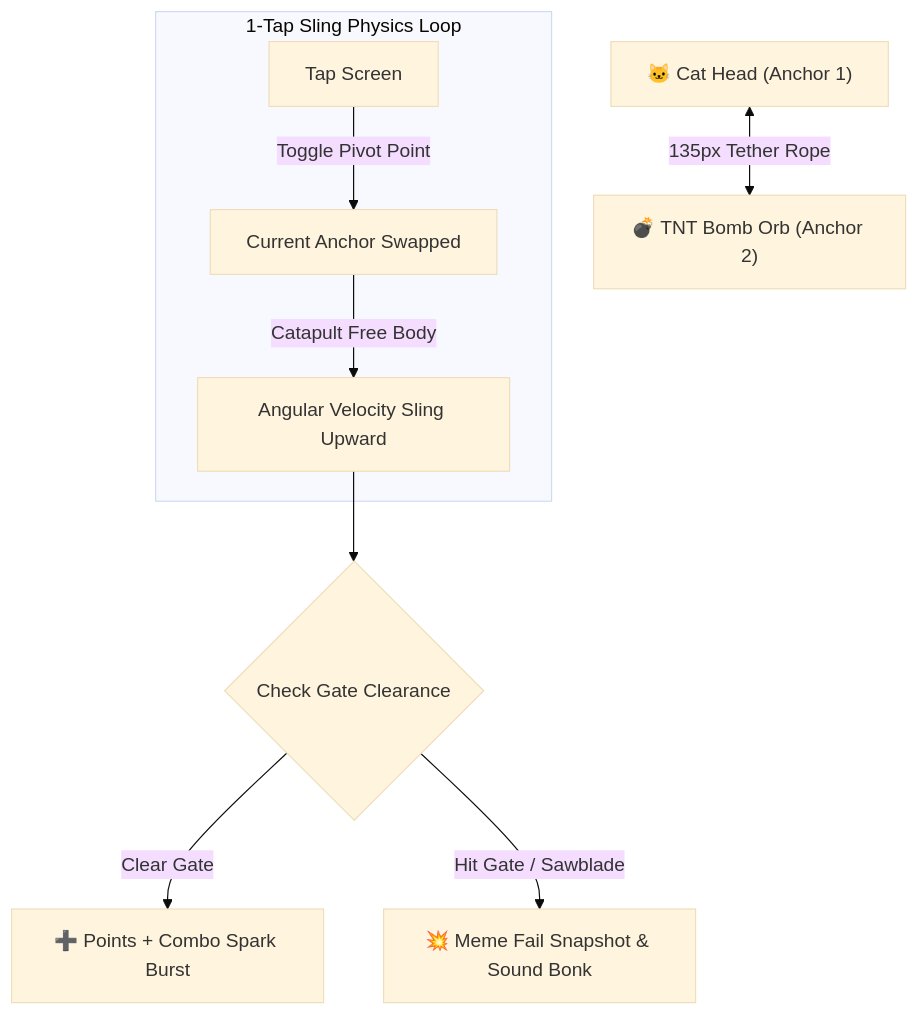
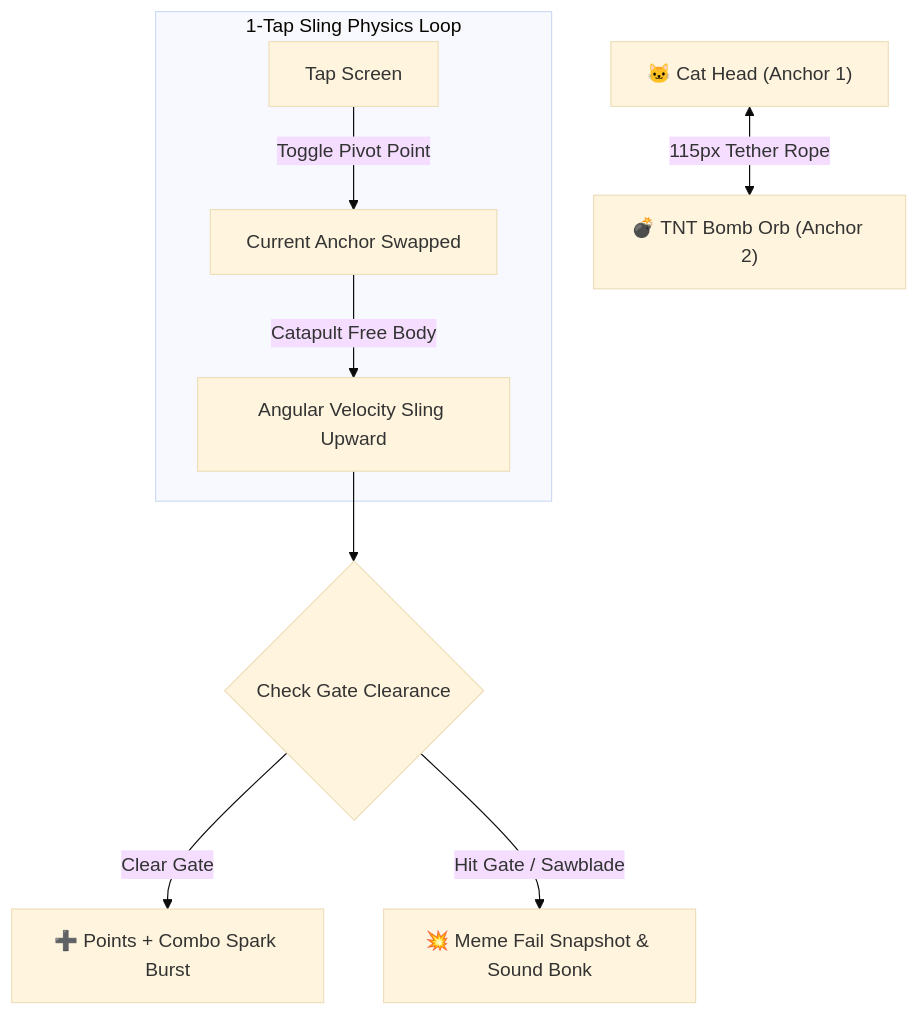
The first of 2 diagrams in README.md (Eng-Ahmet/tether-trouble), drawn with Mermaid (base theme) before and after one commit. The commit also changed other lines of this file and 1 other file, not shown here.

````diff
--- a/README.md
+++ b/README.md
@@ -27,11 +33,11 @@
 ```mermaid
 graph TD
-    A["🐱 Cat Head (Anchor 1)"] <-->|"135px Tether Rope"| B["💣 TNT Bomb Orb (Anchor 2)"]
+    A["🐱 Cat Head (Anchor 1)"] <-->|"115px Tether Rope"| B["💣 TNT Bomb Orb (Anchor 2)"]
     subgraph "1-Tap Sling Physics Loop"
         C["Tap Screen"] -->|"Toggle Pivot Point"| D["Current Anchor Swapped"]
         D -->|"Catapult Free Body"| E["Angular Velocity Sling Upward"]
     end
     E --> F{"Check Gate Clearance"}
     F -->|"Clear Gate"| G["➕ Points + Combo Spark Burst"]
     F -->|"Hit Gate / Sawblade"| H["💥 Meme Fail Snapshot & Sound Bonk"]
 ```
````
